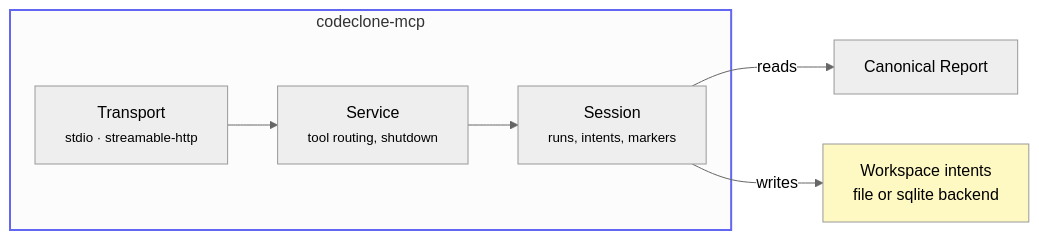
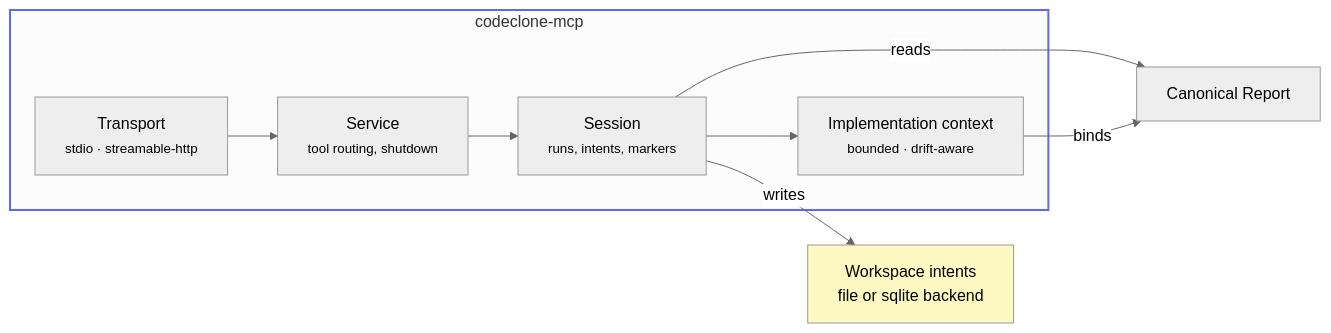
The first of 2 diagrams in docs/book/25-mcp-interface/index.md (orenlab/codeclone), drawn with Mermaid (neutral theme) before and after one commit. The commit also changed other lines of this file and 20 other files, not shown here.

Commit message:
feat(mcp): add implementation context surface

````diff
--- a/docs/book/25-mcp-interface/index.md
+++ b/docs/book/25-mcp-interface/index.md
@@ -36,14 +36,17 @@
 ```mermaid
 graph LR
     subgraph Server["codeclone-mcp"]
         T["Transport<br/><small>stdio · streamable-http</small>"]
         SVC["Service<br/><small>tool routing, shutdown</small>"]
         SESS["Session<br/><small>runs, intents, markers</small>"]
+        CTX["Implementation context<br/><small>bounded · drift-aware</small>"]
     end
 
     T --> SVC --> SESS
     SESS -->|" reads "| RP["Canonical Report"]
+    SESS --> CTX
+    CTX -->|" binds "| RP
     SESS -->|" writes "| WIR["Workspace intents<br/>file or sqlite backend"]
     style Server stroke: #6366f1, stroke-width: 2px
     style WIR fill: #fef9c3
 ```
````
